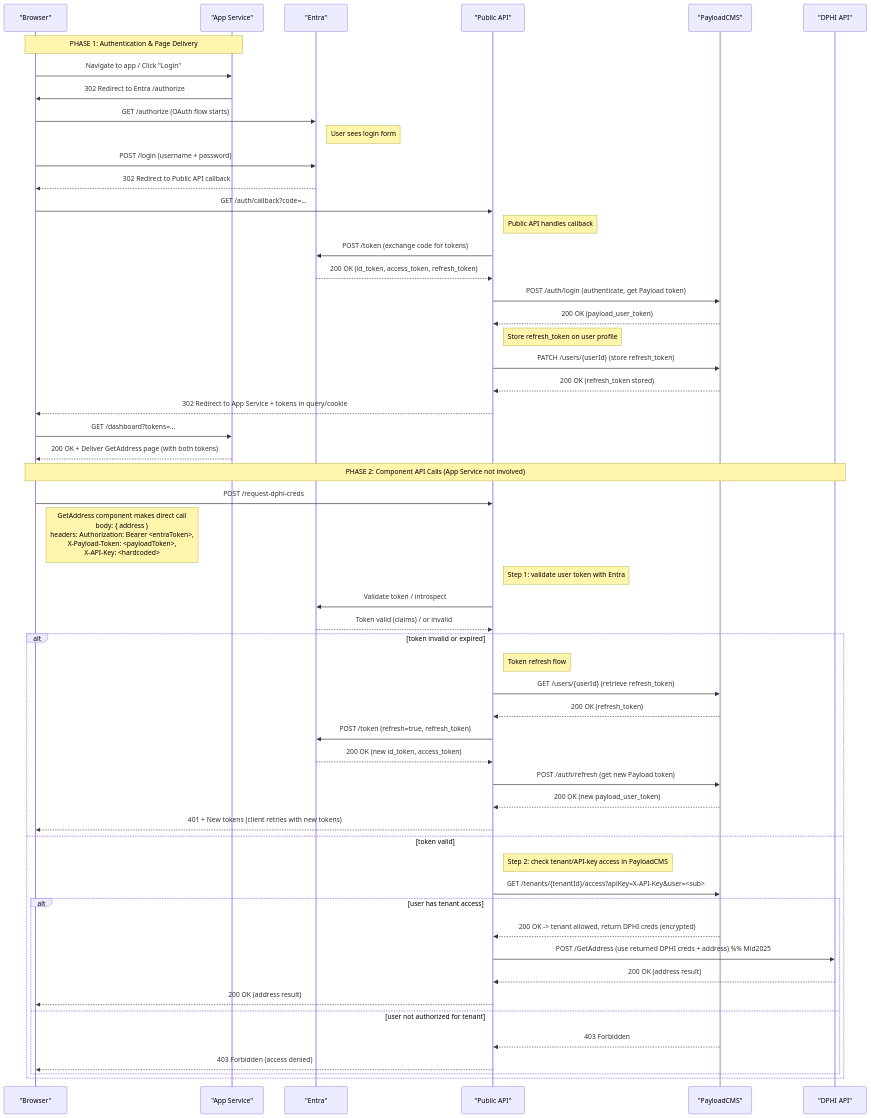
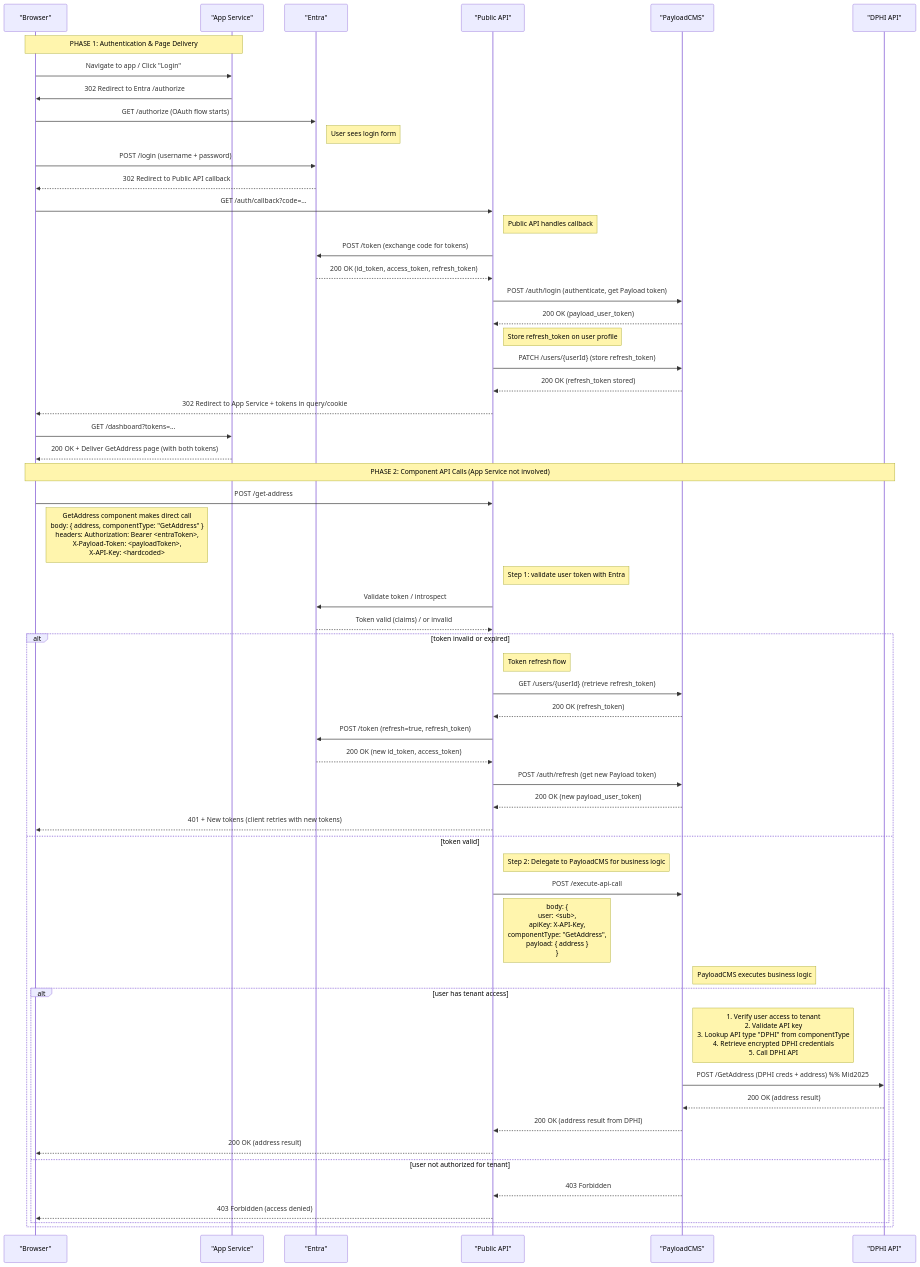
The diagram in .specify/memory/prototypesequence.md (enterpriseaigroup/eai-daisy-components), drawn with Mermaid before and after one commit. The commit also changed other lines of this file, not shown here.

First line of the commit message:
docs: update prototype sequence diagram with corrected architecture

````diff
--- a/.specify/memory/prototypesequence.md
+++ b/.specify/memory/prototypesequence.md
@@ -74,64 +88,68 @@
 ```mermaid
 sequenceDiagram
   participant Browser as "Browser"
   participant AppService as "App Service"
   participant Entra as "Entra"
   participant PublicAPI as "Public API"
   participant Payload as "PayloadCMS"
   participant DPHI as "DPHI API"
 
   Note over Browser,AppService: PHASE 1: Authentication & Page Delivery
   Browser->>AppService: Navigate to app / Click "Login"
   AppService->>Browser: 302 Redirect to Entra /authorize
   Browser->>Entra: GET /authorize (OAuth flow starts)
   Note right of Entra: User sees login form
   Browser->>Entra: POST /login (username + password)
   Entra-->>Browser: 302 Redirect to Public API callback
   Browser->>PublicAPI: GET /auth/callback?code=...
 
   Note right of PublicAPI: Public API handles callback
   PublicAPI->>Entra: POST /token (exchange code for tokens)
   Entra-->>PublicAPI: 200 OK (id_token, access_token, refresh_token)
 
   PublicAPI->>Payload: POST /auth/login (authenticate, get Payload token)
   Payload-->>PublicAPI: 200 OK (payload_user_token)
 
   Note right of PublicAPI: Store refresh_token on user profile
   PublicAPI->>Payload: PATCH /users/{userId} (store refresh_token)
   Payload-->>PublicAPI: 200 OK (refresh_token stored)
 
   PublicAPI-->>Browser: 302 Redirect to App Service + tokens in query/cookie
   Browser->>AppService: GET /dashboard?tokens=...
   AppService-->>Browser: 200 OK + Deliver GetAddress page (with both tokens)
 
   Note over Browser,DPHI: PHASE 2: Component API Calls (App Service not involved)
-  Browser->>PublicAPI: POST /request-dphi-creds
-    note right of Browser: GetAddress component makes direct call<br/>body: { address }<br/>headers: Authorization: Bearer <entraToken>,<br/>X-Payload-Token: <payloadToken>,<br/>X-API-Key: <hardcoded>
+  Browser->>PublicAPI: POST /get-address
+    note right of Browser: GetAddress component makes direct call<br/>body: { address, componentType: "GetAddress" }<br/>headers: Authorization: Bearer <entraToken>,<br/>X-Payload-Token: <payloadToken>,<br/>X-API-Key: <hardcoded>
 
   Note right of PublicAPI: Step 1: validate user token with Entra
   PublicAPI->>Entra: Validate token / introspect
   Entra-->>PublicAPI: Token valid (claims) / or invalid
 
   alt token invalid or expired
     Note right of PublicAPI: Token refresh flow
     PublicAPI->>Payload: GET /users/{userId} (retrieve refresh_token)
     Payload-->>PublicAPI: 200 OK (refresh_token)
     PublicAPI->>Entra: POST /token (refresh=true, refresh_token)
     Entra-->>PublicAPI: 200 OK (new id_token, access_token)
     PublicAPI->>Payload: POST /auth/refresh (get new Payload token)
     Payload-->>PublicAPI: 200 OK (new payload_user_token)
     PublicAPI-->>Browser: 401 + New tokens (client retries with new tokens)
   else token valid
-    Note right of PublicAPI: Step 2: check tenant/API-key access in PayloadCMS
-    PublicAPI->>Payload: GET /tenants/{tenantId}/access?apiKey=X-API-Key&user=<sub>
+    Note right of PublicAPI: Step 2: Delegate to PayloadCMS for business logic
+    PublicAPI->>Payload: POST /execute-api-call
+      note right of PublicAPI: body: {<br/>  user: <sub>,<br/>  apiKey: X-API-Key,<br/>  componentType: "GetAddress",<br/>  payload: { address }<br/>}
+
+    Note right of Payload: PayloadCMS executes business logic
     alt user has tenant access
-      Payload-->>PublicAPI: 200 OK -> tenant allowed, return DPHI creds (encrypted)
-      PublicAPI->>DPHI: POST /GetAddress (use returned DPHI creds + address)  %% Mid2025
-      DPHI-->>PublicAPI: 200 OK (address result)
+      Note right of Payload: 1. Verify user access to tenant<br/>2. Validate API key<br/>3. Lookup API type "DPHI" from componentType<br/>4. Retrieve encrypted DPHI credentials<br/>5. Call DPHI API
+      Payload->>DPHI: POST /GetAddress (DPHI creds + address)  %% Mid2025
+      DPHI-->>Payload: 200 OK (address result)
+      Payload-->>PublicAPI: 200 OK (address result from DPHI)
       PublicAPI-->>Browser: 200 OK (address result)
     else user not authorized for tenant
       Payload-->>PublicAPI: 403 Forbidden
       PublicAPI-->>Browser: 403 Forbidden (access denied)
     end
   end
 ```
````
